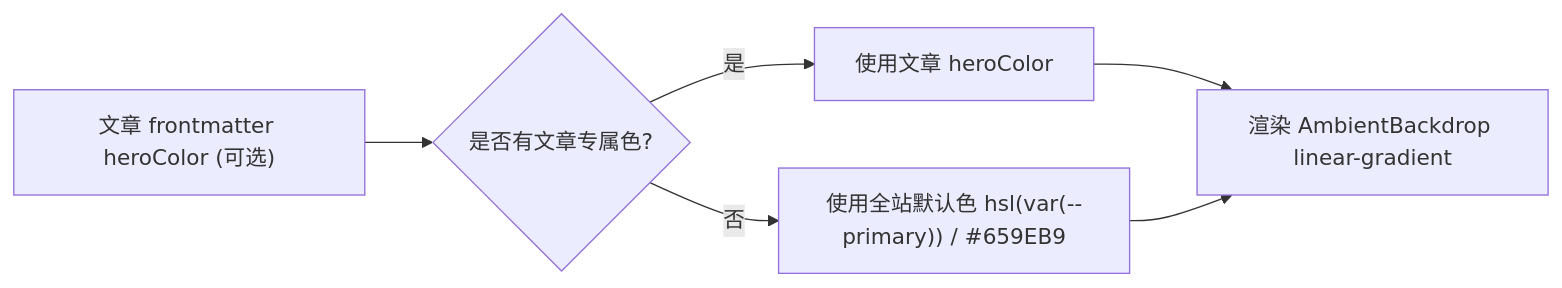
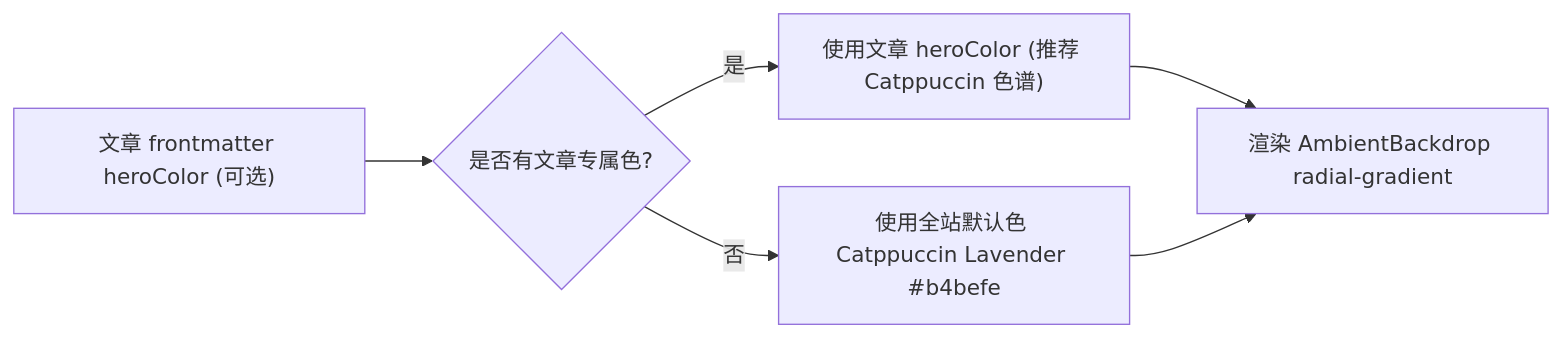
Before and after one commit to xidongdong-153/blog: the second of 2 diagrams in .trellis/tasks/archive/2026-09/09-04-add-ambient-backdrop/prd.md, drawn with Mermaid. The commit also changed other lines of this file and 3 other files, not shown here.

Commit message:
feat(ui): 升级氛围底座为 Catppuccin Lavender 椭圆径向光晕并更新任务描述

````diff
--- a/.trellis/tasks/archive/2026-09/09-04-add-ambient-backdrop/prd.md
+++ b/.trellis/tasks/archive/2026-09/09-04-add-ambient-backdrop/prd.md
@@ -24,8 +24,8 @@
 ```mermaid
 flowchart LR
   PostFM["文章 frontmatter heroColor (可选)"] --> ResolveColor{"是否有文章专属色?"}
-  ResolveColor -- 是 --> UseCustom["使用文章 heroColor"]
-  ResolveColor -- 否 --> UseDefault["使用全站默认色 hsl(var(--primary)) / #659EB9"]
-  UseCustom --> Render["渲染 AmbientBackdrop linear-gradient"]
+  ResolveColor -- 是 --> UseCustom["使用文章 heroColor (推荐 Catppuccin 色谱)"]
+  ResolveColor -- 否 --> UseDefault["使用全站默认色 Catppuccin Lavender #b4befe"]
+  UseCustom --> Render["渲染 AmbientBackdrop radial-gradient"]
   UseDefault --> Render
 ```
````
